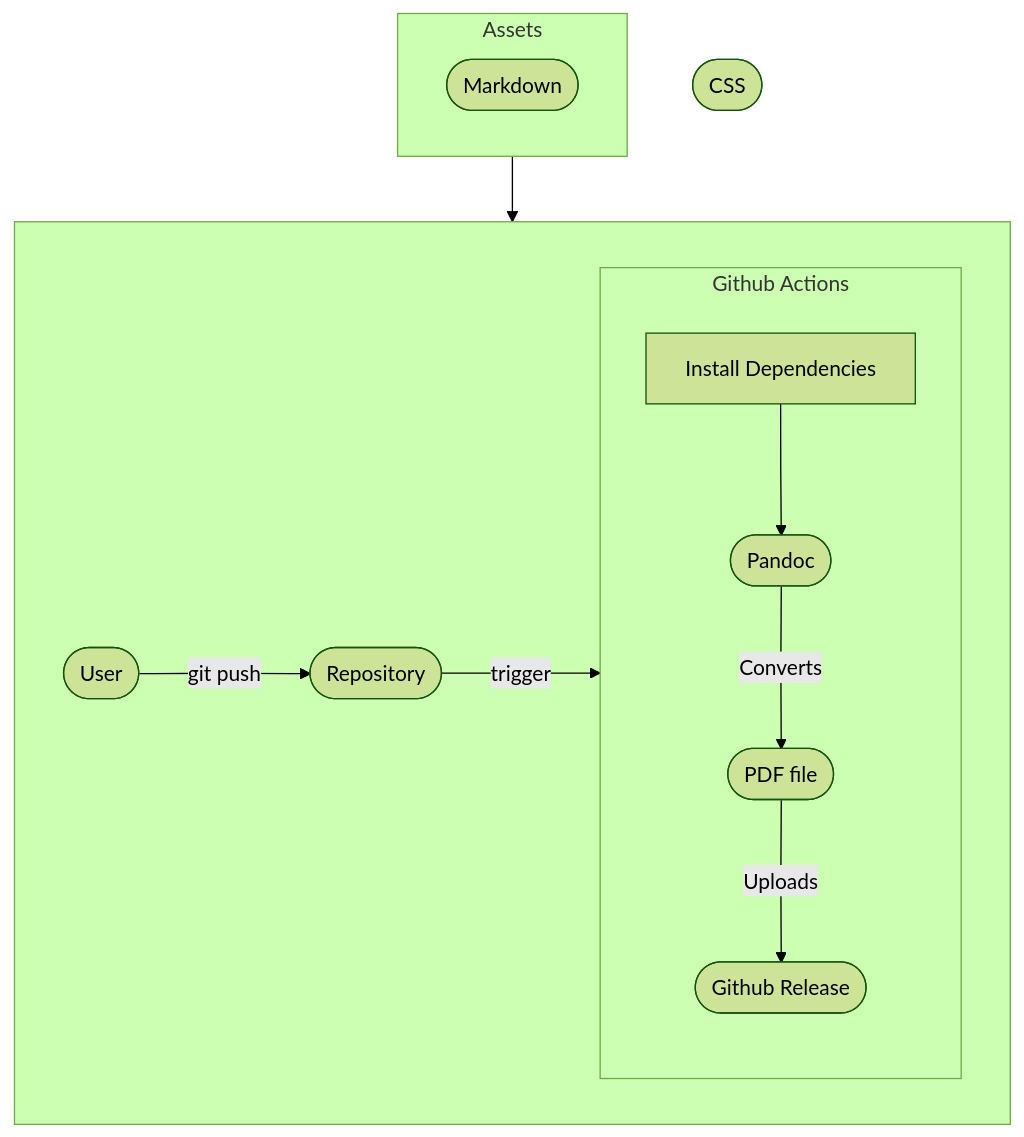
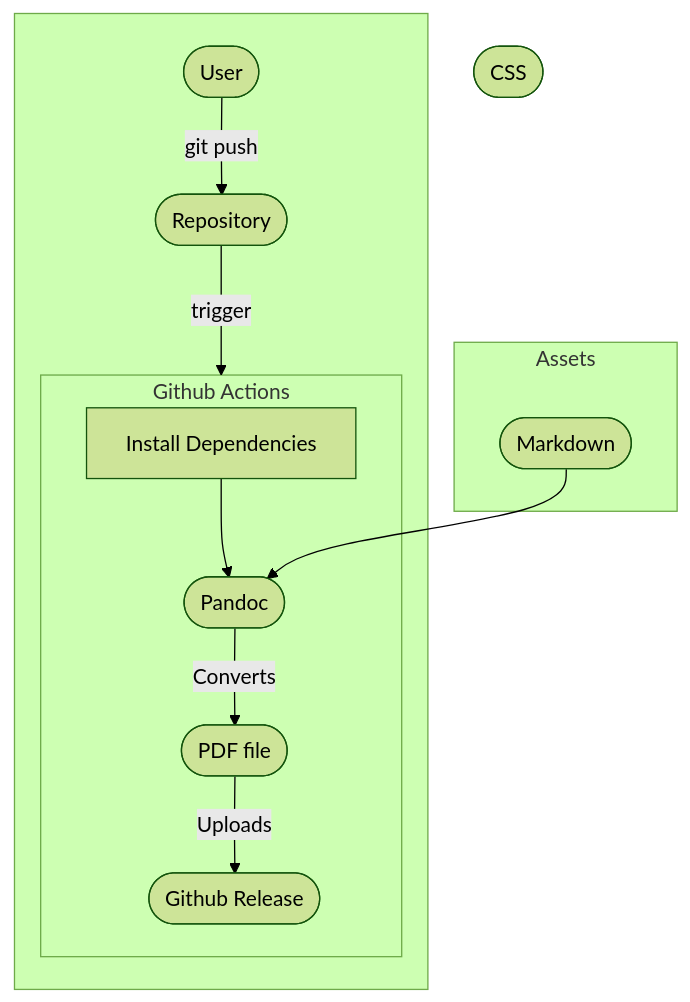
One commit to ShaharNaveh/ShaharNaveh.github.io changed the diagram in content/blog/cicd-your-resume/index.md. Above: the diagram before and after it, drawn with Mermaid (forest theme).

````diff
--- a/content/blog/cicd-your-resume/index.md
+++ b/content/blog/cicd-your-resume/index.md
@@ -17,30 +17,30 @@
 ```mermaid
 flowchart TD
   user([User])
   repository([Repository])
   action([Github Action])
   dependencies["Install Dependencies"]
   pandoc([Pandoc])
   markdown([Markdown])
   css([CSS])
   pdf([PDF file])
   release([Github Release])
 
   subgraph push [" "]
-  direction LR
+  %% direction LR
     user-- git push -->repository
     repository-- trigger -->action
   end
 
   subgraph action [Github Actions]
-  direction TD
+  %% direction TD
     dependencies-->pandoc
     pandoc-- Converts -->pdf
     pdf-- Uploads -->release
   end
 
   subgraph assets [Assets]
-  direction LR
+  %% direction LR
     markdown-->pandoc
   end
 ```
````
